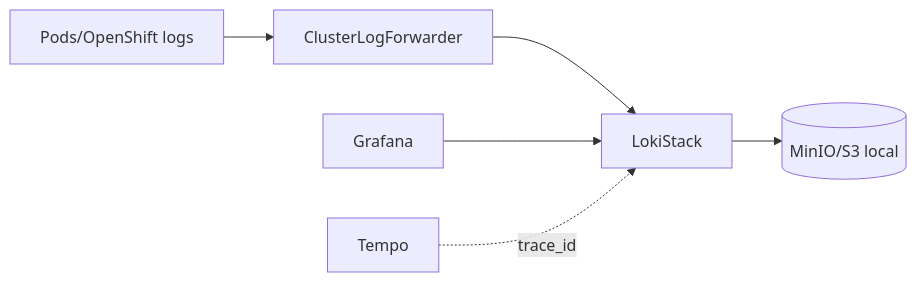
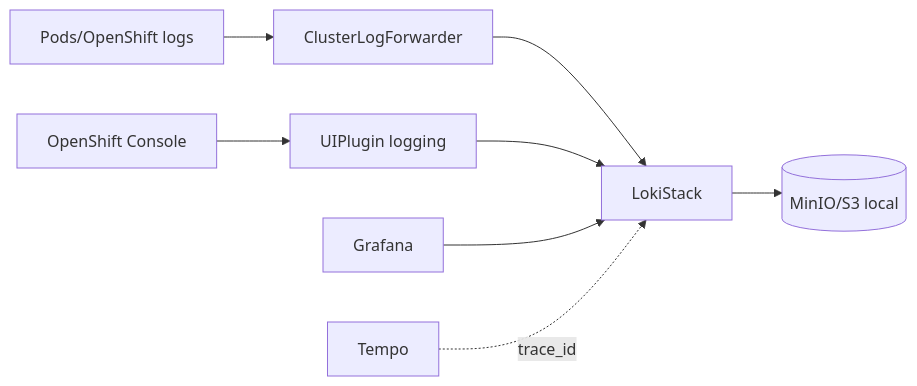
One commit to thiagobotelho/loki-gitops changed the diagram in README.md. Above: the diagram before and after it, drawn with Mermaid. The commit also changed other lines of this file and 3 other files, not shown here.

Commit message:
Enable OpenShift logging UI plugin

````diff
--- a/README.md
+++ b/README.md
@@ -12,8 +12,10 @@
 ```mermaid
 flowchart LR
     Pods[Pods/OpenShift logs] --> CLF[ClusterLogForwarder]
     CLF --> Loki[LokiStack]
     Loki --> MinIO[(MinIO/S3 local)]
+    Console[OpenShift Console] --> UI[UIPlugin logging]
+    UI --> Loki
     Grafana[Grafana] --> Loki
     Tempo[Tempo] -. trace_id .-> Loki
 ```
````
